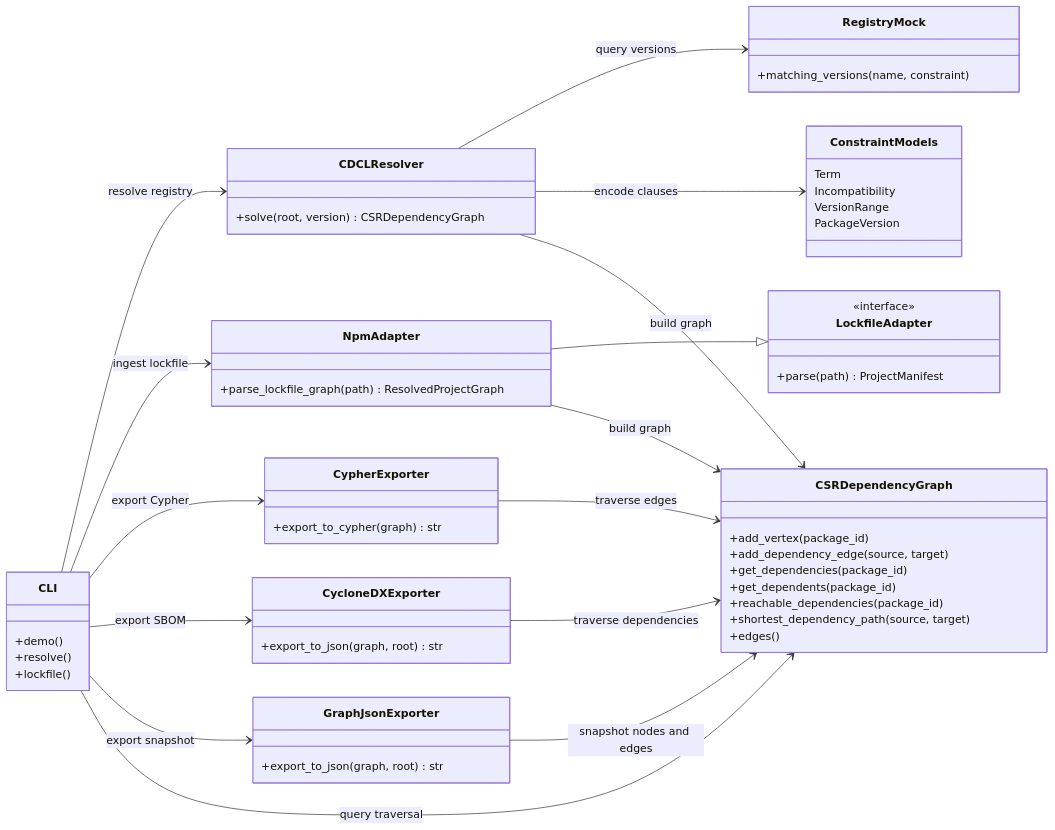
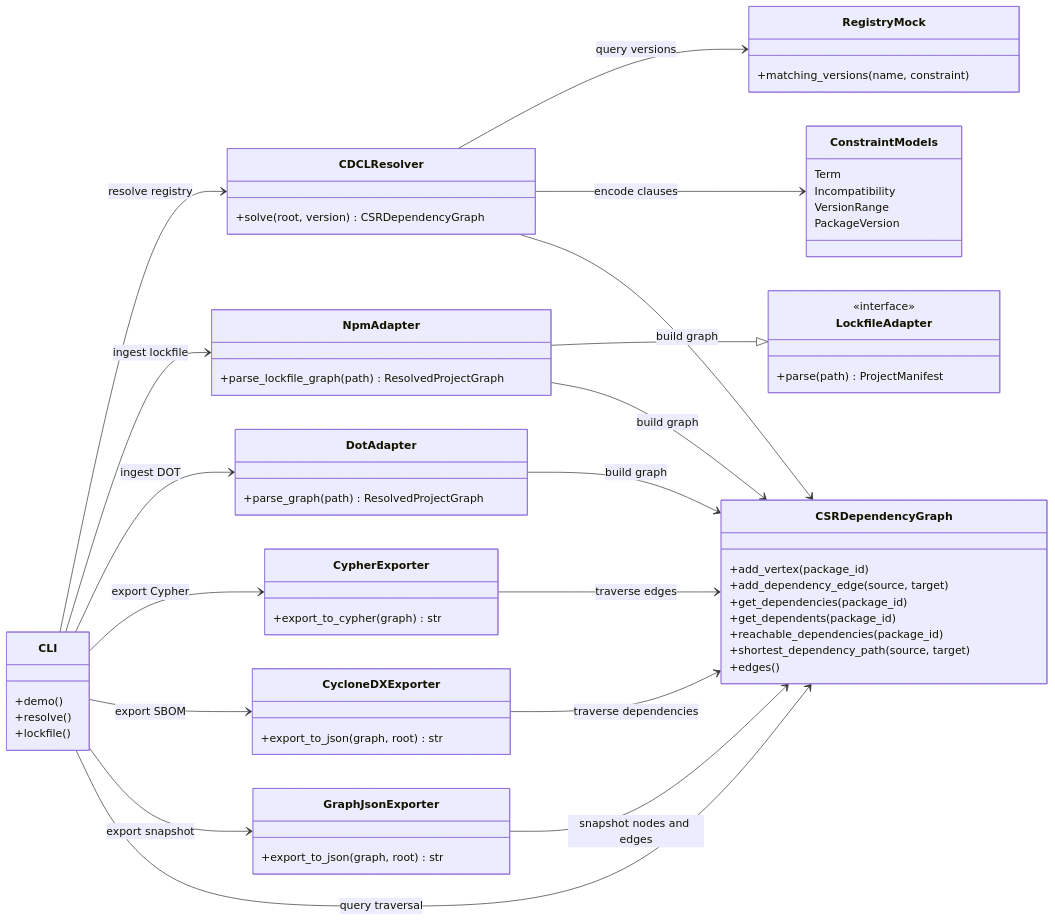
One commit to xsub/EnterpriseLinux-SoftwareSupplyChain changed the first of 2 diagrams in README.md. Above: the diagram before and after it, drawn with Mermaid. The commit also changed other lines of this file and 6 other files, not shown here.

Commit message:
Add DOT graph ingestion

````diff
--- a/README.md
+++ b/README.md
@@ -68,60 +76,65 @@
 ```mermaid
 classDiagram
 direction LR
 class CLI {
   +demo()
   +resolve()
   +lockfile()
 }
 class LockfileAdapter {
   <<interface>>
   +parse(path) ProjectManifest
 }
 class NpmAdapter {
   +parse_lockfile_graph(path) ResolvedProjectGraph
+}
+class DotAdapter {
+  +parse_graph(path) ResolvedProjectGraph
 }
 class RegistryMock {
   +matching_versions(name, constraint)
 }
 class CDCLResolver {
   +solve(root, version) CSRDependencyGraph
 }
 class CSRDependencyGraph {
   +add_vertex(package_id)
   +add_dependency_edge(source, target)
   +get_dependencies(package_id)
   +get_dependents(package_id)
   +reachable_dependencies(package_id)
   +shortest_dependency_path(source, target)
   +edges()
 }
 class CypherExporter {
   +export_to_cypher(graph) str
 }
 class CycloneDXExporter {
   +export_to_json(graph, root) str
 }
 class GraphJsonExporter {
   +export_to_json(graph, root) str
 }
 class ConstraintModels {
   Term
   Incompatibility
   VersionRange
   PackageVersion
 }
 CLI --> CDCLResolver : resolve registry
 CLI --> NpmAdapter : ingest lockfile
+CLI --> DotAdapter : ingest DOT
 NpmAdapter --|> LockfileAdapter
 CDCLResolver --> RegistryMock : query versions
 CDCLResolver --> ConstraintModels : encode clauses
 CDCLResolver --> CSRDependencyGraph : build graph
 NpmAdapter --> CSRDependencyGraph : build graph
+DotAdapter --> CSRDependencyGraph : build graph
 CLI --> CypherExporter : export Cypher
 CLI --> CycloneDXExporter : export SBOM
 CLI --> GraphJsonExporter : export snapshot
 CLI --> CSRDependencyGraph : query traversal
 CypherExporter --> CSRDependencyGraph : traverse edges
 CycloneDXExporter --> CSRDependencyGraph : traverse dependencies
 GraphJsonExporter --> CSRDependencyGraph : snapshot nodes and edges
 ```
````
